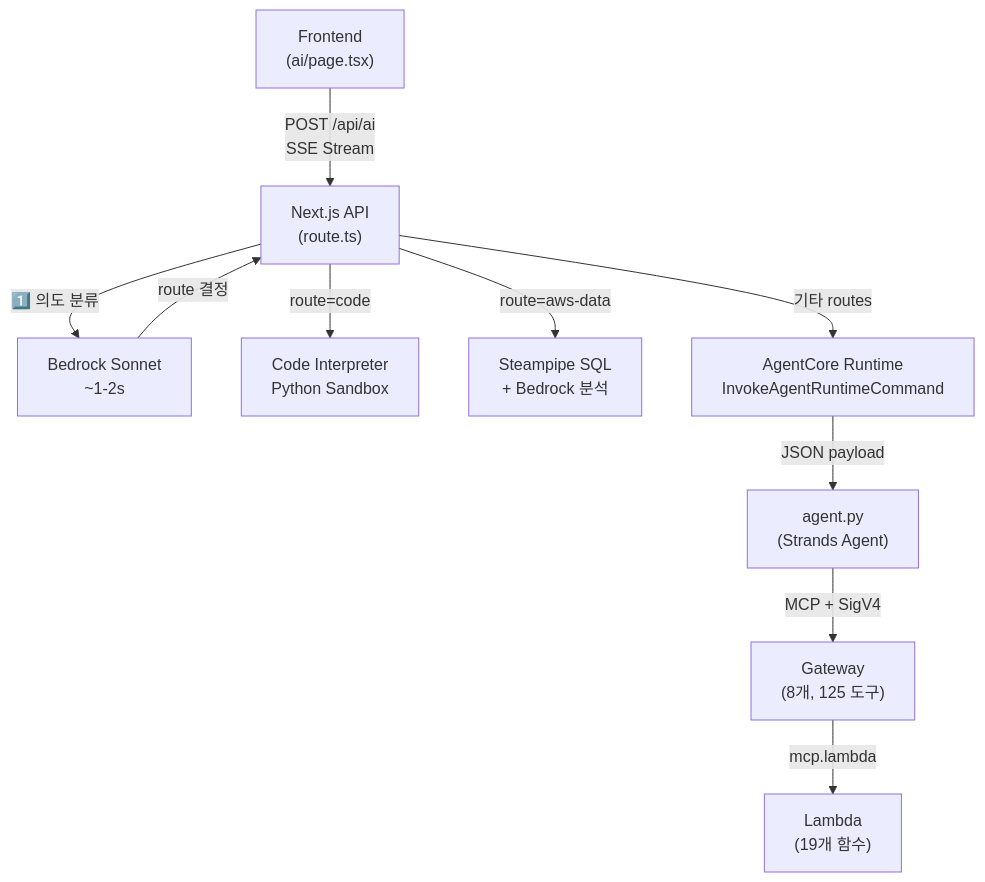
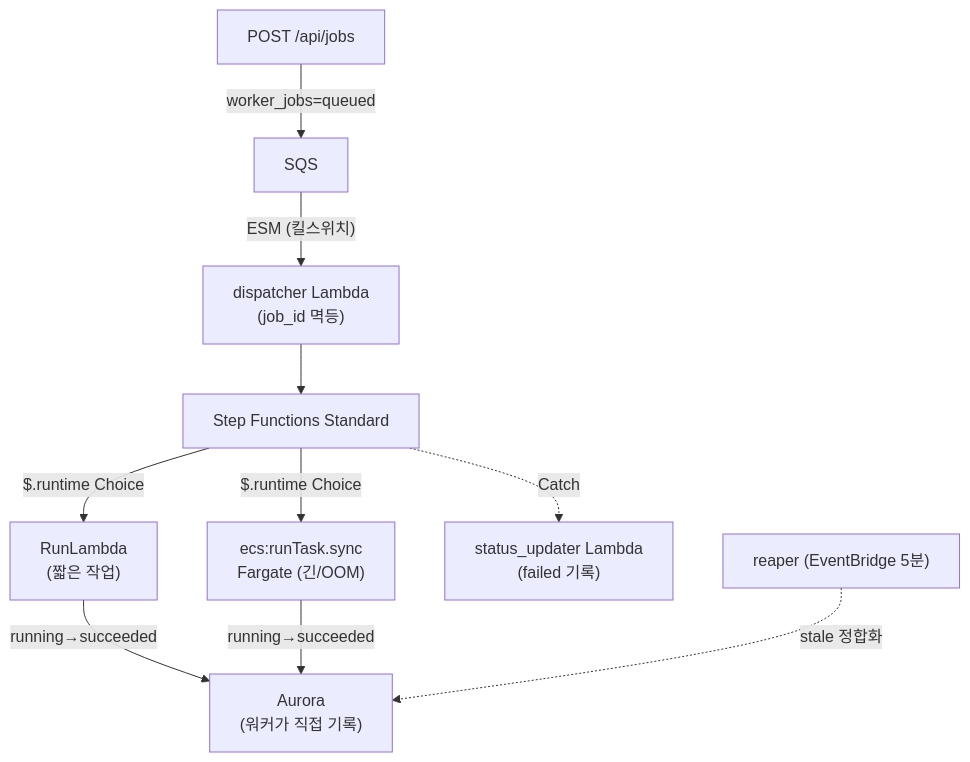
The second of 4 diagrams in docs-site/docs/faq/architecture.md (Atom-oh/awsops), drawn with Mermaid before and after one commit. The commit also changed other lines of this file and 14 other files, not shown here.

````diff
--- a/docs-site/docs/faq/architecture.md
+++ b/docs-site/docs/faq/architecture.md
@@ -199,15 +54,12 @@
 ```mermaid
 flowchart TD
-  FE["Frontend<br/>(ai/page.tsx)"] -->|"POST /api/ai<br/>SSE Stream"| API["Next.js API<br/>(route.ts)"]
-
-  API -->|"1️⃣ 의도 분류"| BED["Bedrock Sonnet<br/>~1-2s"]
-  BED -->|route 결정| API
-
-  API -->|"route=code"| CI["Code Interpreter<br/>Python Sandbox"]
-  API -->|"route=aws-data"| SQL["Steampipe SQL<br/>+ Bedrock 분석"]
-  API -->|"기타 routes"| AC["AgentCore Runtime<br/>InvokeAgentRuntimeCommand"]
-
-  AC -->|"JSON payload"| AG["agent.py<br/>(Strands Agent)"]
-  AG -->|"MCP + SigV4"| GW["Gateway<br/>(8개, 125 도구)"]
-  GW -->|"mcp.lambda"| LM["Lambda<br/>(19개 함수)"]
+  WEB["POST /api/jobs"] -->|"worker_jobs=queued"| SQS["SQS"]
+  SQS -->|"ESM (킬스위치)"| DISP["dispatcher Lambda<br/>(job_id 멱등)"]
+  DISP --> SFN["Step Functions Standard"]
+  SFN -->|"$.runtime Choice"| RTLAMBDA["RunLambda<br/>(짧은 작업)"]
+  SFN -->|"$.runtime Choice"| RTECS["ecs:runTask.sync<br/>Fargate (긴/OOM)"]
+  RTLAMBDA -->|"running→succeeded"| AURORA["Aurora<br/>(워커가 직접 기록)"]
+  RTECS -->|"running→succeeded"| AURORA
+  SFN -.->|"Catch"| SU["status_updater Lambda<br/>(failed 기록)"]
+  REAPER["reaper (EventBridge 5분)"] -.->|"stale 정합화"| AURORA
 ```
````
